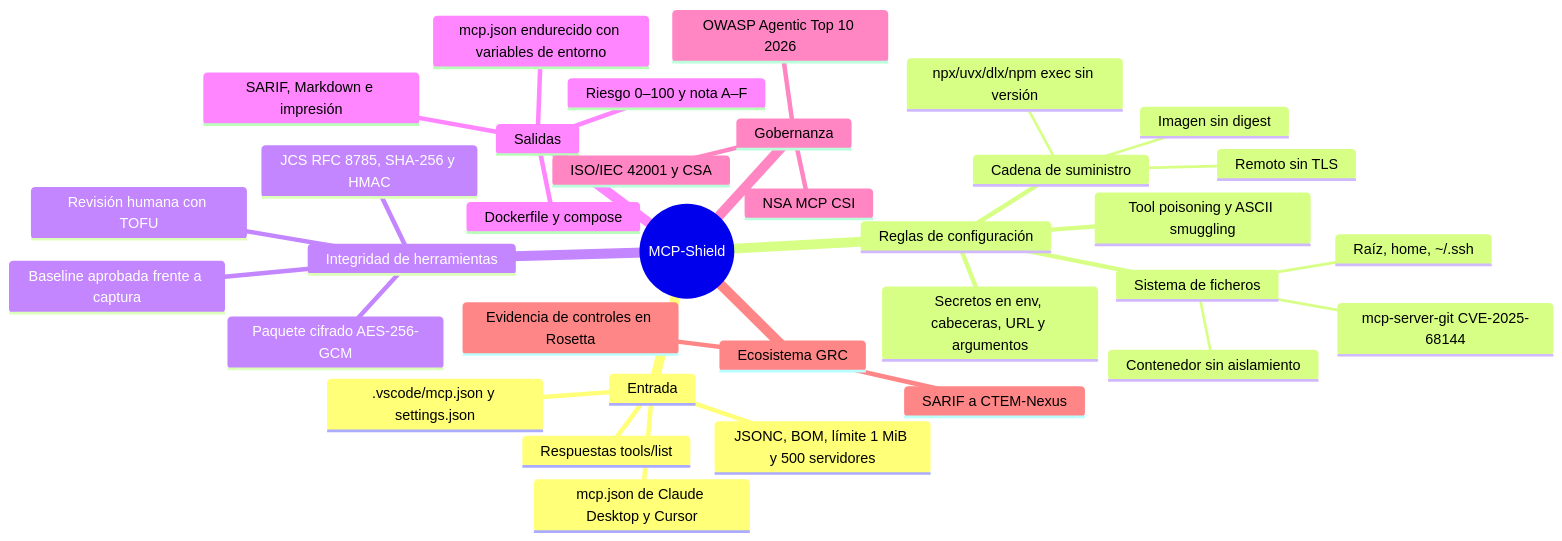
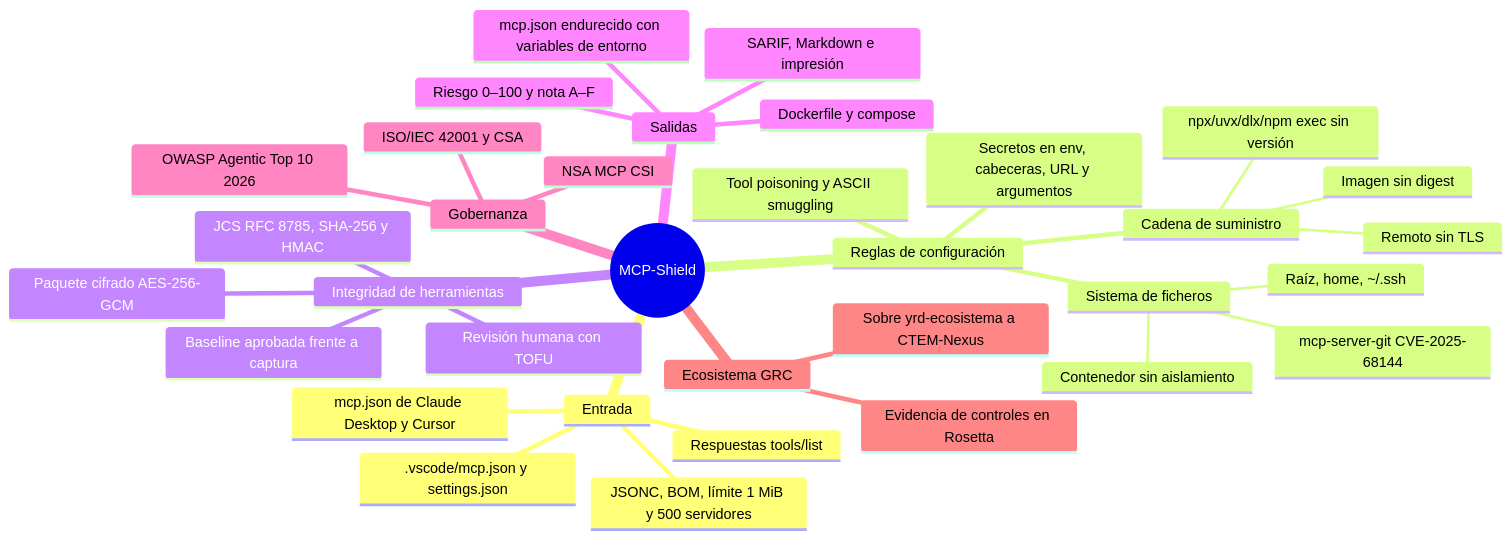
One commit to heindall92/mcp-shield changed the first of 2 diagrams in README.md. Above: the diagram before and after it, drawn with Mermaid. The commit also changed other lines of this file and 18 other files, not shown here.

First line of the commit message:
MCP-Shield entra en el ecosistema GRC: sobre yrd-ecosistema para CTEM-Nexus (1.6.0)

````diff
--- a/README.md
+++ b/README.md
@@ -151,37 +151,37 @@
 ```mermaid
 mindmap
   root((MCP-Shield))
     Entrada
       mcp.json de Claude Desktop y Cursor
       .vscode/mcp.json y settings.json
       JSONC, BOM, límite 1 MiB y 500 servidores
       Respuestas tools/list
     Reglas de configuración
       Cadena de suministro
         npx/uvx/dlx/npm exec sin versión
         Imagen sin digest
         Remoto sin TLS
       Sistema de ficheros
         Raíz, home, ~/.ssh
         mcp-server-git CVE-2025-68144
         Contenedor sin aislamiento
       Secretos en env, cabeceras, URL y argumentos
       Tool poisoning y ASCII smuggling
     Integridad de herramientas
       Baseline aprobada frente a captura
       JCS RFC 8785, SHA-256 y HMAC
       Revisión humana con TOFU
       Paquete cifrado AES-256-GCM
     Salidas
       Riesgo 0–100 y nota A–F
       mcp.json endurecido con variables de entorno
       Dockerfile y compose
       SARIF, Markdown e impresión
     Gobernanza
       OWASP Agentic Top 10 2026
       NSA MCP CSI
       ISO/IEC 42001 y CSA
     Ecosistema GRC
-      SARIF a CTEM-Nexus
+      Sobre yrd-ecosistema a CTEM-Nexus
       Evidencia de controles en Rosetta
 ```
````
